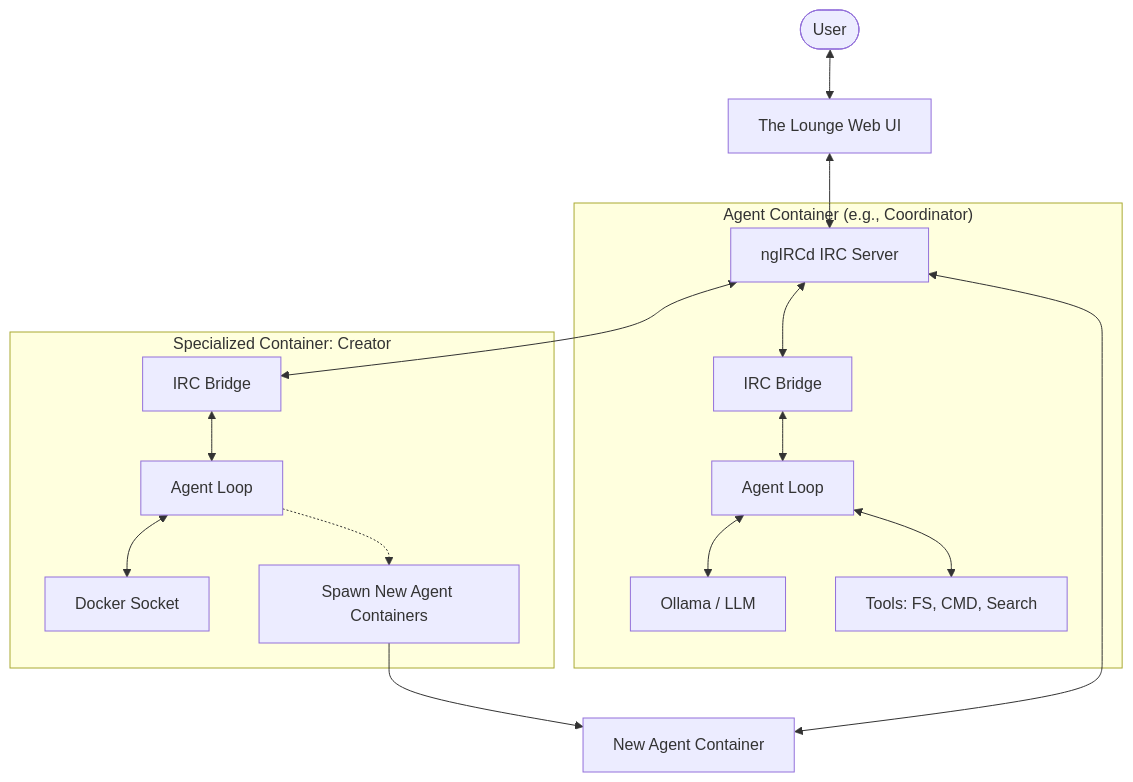
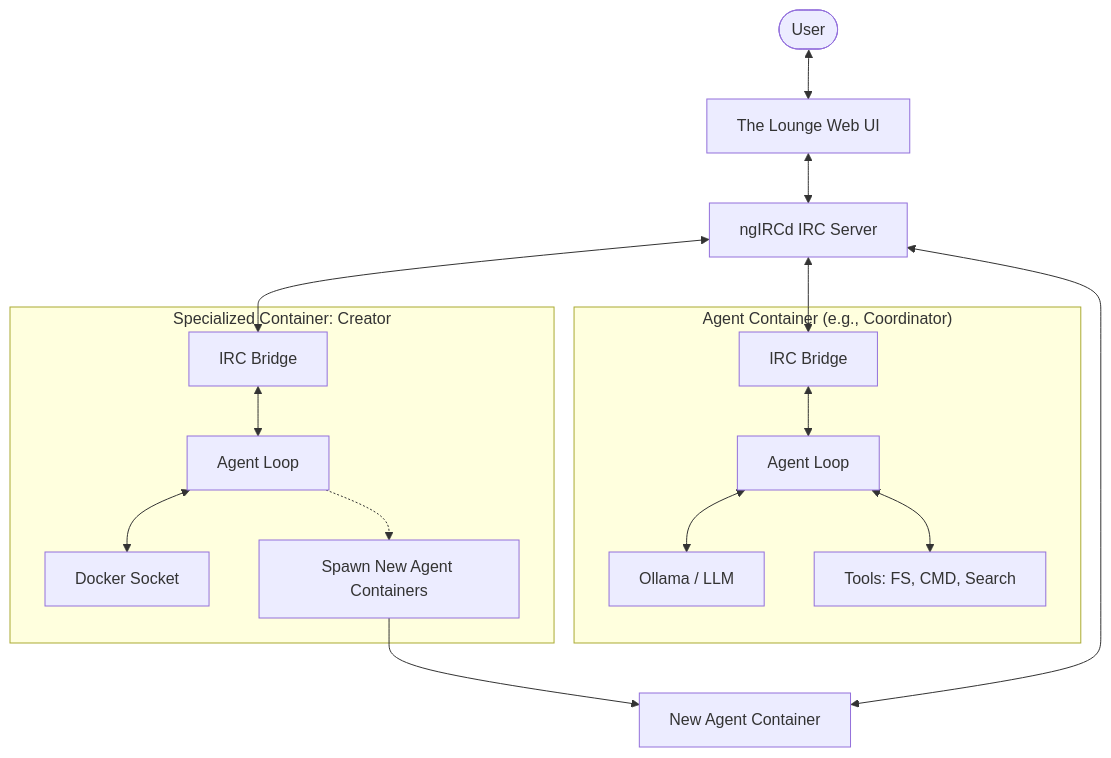
One commit to ryanbeales/homeagent changed the diagram in README.md. Above: the diagram before and after it, drawn with Mermaid. The commit also changed other lines of this file and 1 other file, not shown here.

Commit message:
Readme updates

````diff
--- a/README.md
+++ b/README.md
@@ -36,22 +40,22 @@
 ```mermaid
 graph TD
     User([User]) <--> TheLounge[The Lounge Web UI]
     TheLounge <--> IRC[ngIRCd IRC Server]
     
     subgraph "Agent Container (e.g., Coordinator)"
-        IRC <--> Bridge[IRC Bridge]
-        Bridge <--> Loop[Agent Loop]
+        Bridge[IRC Bridge] <--> Loop[Agent Loop]
         Loop <--> LLM[Ollama / LLM]
         Loop <--> Tools[Tools: FS, CMD, Search]
     end
+    IRC <--> Bridge
 
     subgraph "Specialized Container: Creator"
-        IRC <--> CBridge[IRC Bridge]
-        CBridge <--> CLoop[Agent Loop]
+        CBridge[IRC Bridge] <--> CLoop[Agent Loop]
         CLoop <--> Docker[Docker Socket]
         CLoop -.-> Spawns[Spawn New Agent Containers]
     end
+    IRC <--> CBridge
     
     Spawns --> AgentN[New Agent Container]
     AgentN <--> IRC
 ```
````
